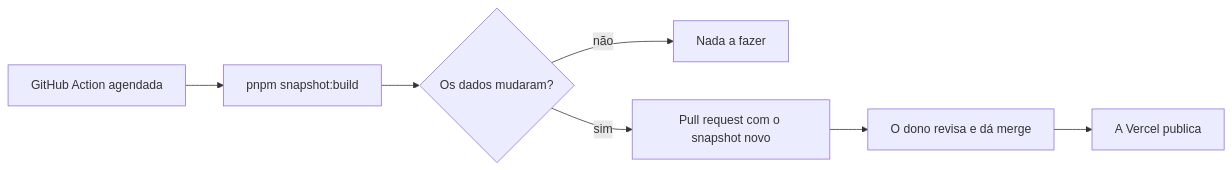
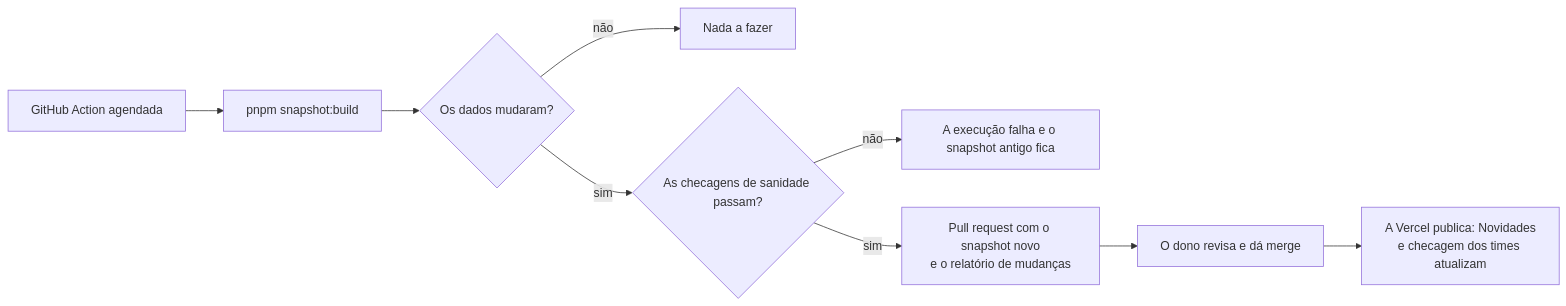
The second of 2 diagrams in README.pt-BR.md (caio2203/vgc-helper), drawn with Mermaid before and after one commit. The commit also changed other lines of this file and 2 other files, not shown here.

````diff
--- a/README.pt-BR.md
+++ b/README.pt-BR.md
@@ -147,9 +156,11 @@
 ```mermaid
 flowchart LR
   A[GitHub Action agendada] --> B[pnpm snapshot:build]
   B --> C{Os dados mudaram?}
   C -- não --> D[Nada a fazer]
-  C -- sim --> E[Pull request com o snapshot novo]
+  C -- sim --> H{As checagens de sanidade passam?}
+  H -- não --> I[A execução falha e o snapshot antigo fica]
+  H -- sim --> E[Pull request com o snapshot novo<br/>e o relatório de mudanças]
   E --> F[O dono revisa e dá merge]
-  F --> G[A Vercel publica]
+  F --> G[A Vercel publica: Novidades<br/>e checagem dos times atualizam]
 ```
````
